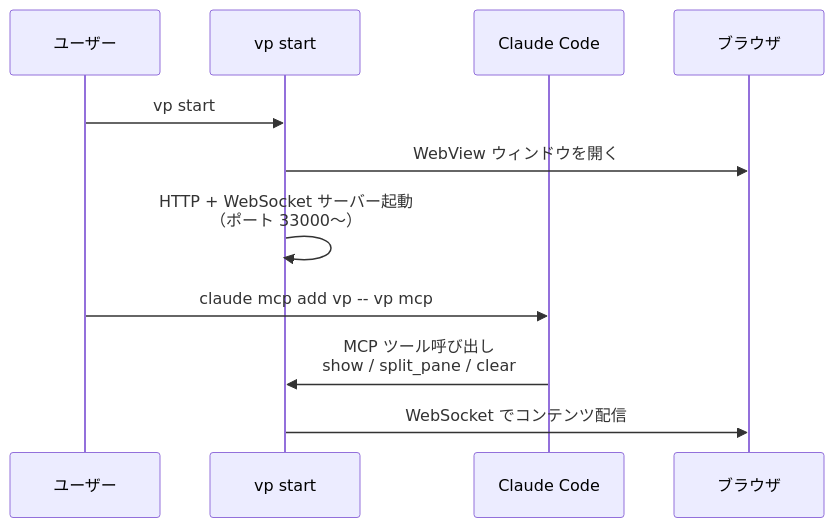
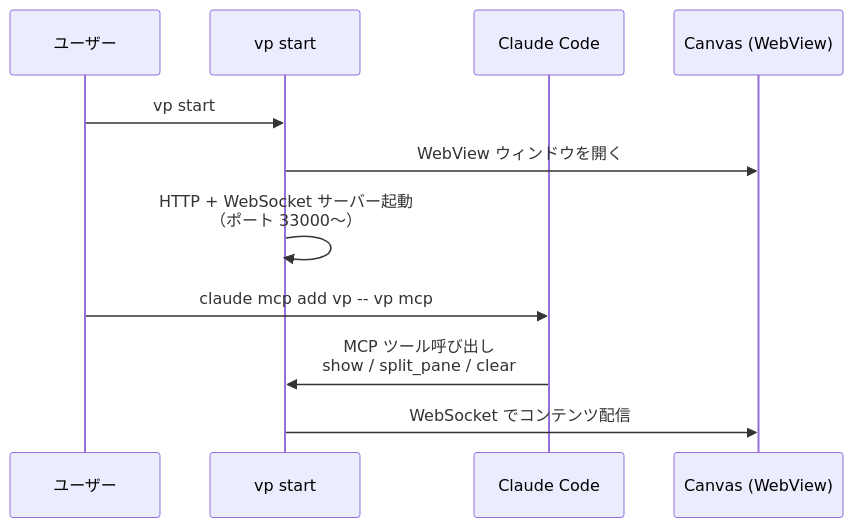
The diagram in README.md (chronista-club/vantage-point), drawn with Mermaid before and after one commit. The commit also changed other lines of this file and 4 other files, not shown here.

First line of the commit message:
docs: README + guide + CLAUDE.md を現状に sync (install / release flow / XDG path)

````diff
--- a/README.md
+++ b/README.md
@@ -56,14 +71,14 @@
 ```mermaid
 sequenceDiagram
     participant U as ユーザー
     participant VP as vp start
     participant CC as Claude Code
-    participant B as ブラウザ
+    participant B as Canvas (WebView)
 
     U->>VP: vp start
     VP->>B: WebView ウィンドウを開く
     VP->>VP: HTTP + WebSocket サーバー起動<br/>（ポート 33000〜）
     U->>CC: claude mcp add vp -- vp mcp
     CC->>VP: MCP ツール呼び出し<br/>show / split_pane / clear
     VP->>B: WebSocket でコンテンツ配信
 ```
````
